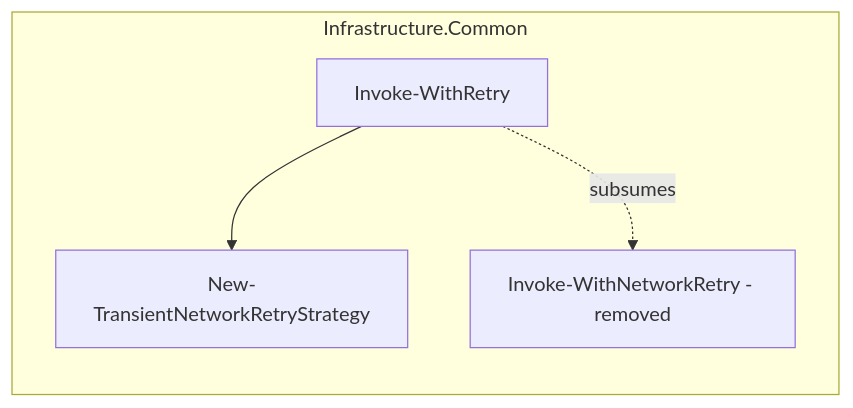
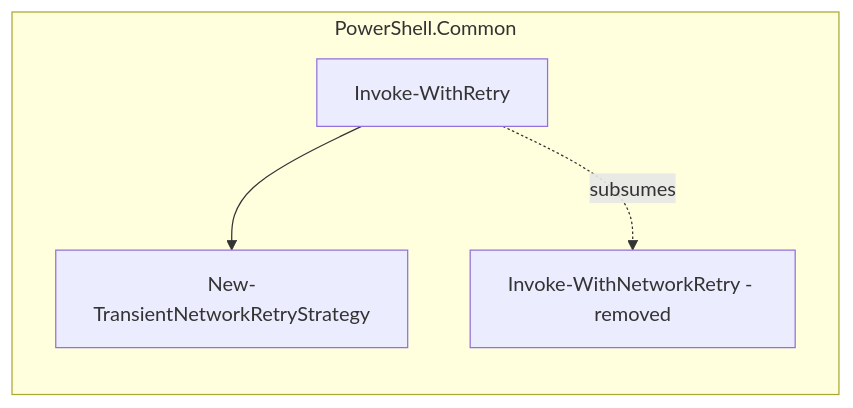
Before and after one commit to Klark-Morrigan/Common-PowerShell: the fifth of 7 diagrams in docs/dev/implementation/44 - generalise retry/plan.md, drawn with Mermaid. The commit also changed other lines of this file and 57 other files, not shown here.

Commit message:
chore: rename repo to PowerShell-Common

````diff
--- a/docs/dev/implementation/44 - generalise retry/plan.md
+++ b/docs/dev/implementation/44 - generalise retry/plan.md
@@ -405,10 +405,10 @@
 ```mermaid
 graph LR
-  subgraph Infrastructure.Common
+  subgraph PowerShell.Common
     IWR[Invoke-WithRetry]
     NTN[New-TransientNetworkRetryStrategy]
     GONE[Invoke-WithNetworkRetry - removed]
   end
   IWR --> NTN
   IWR -.->|subsumes| GONE
 ```
````
